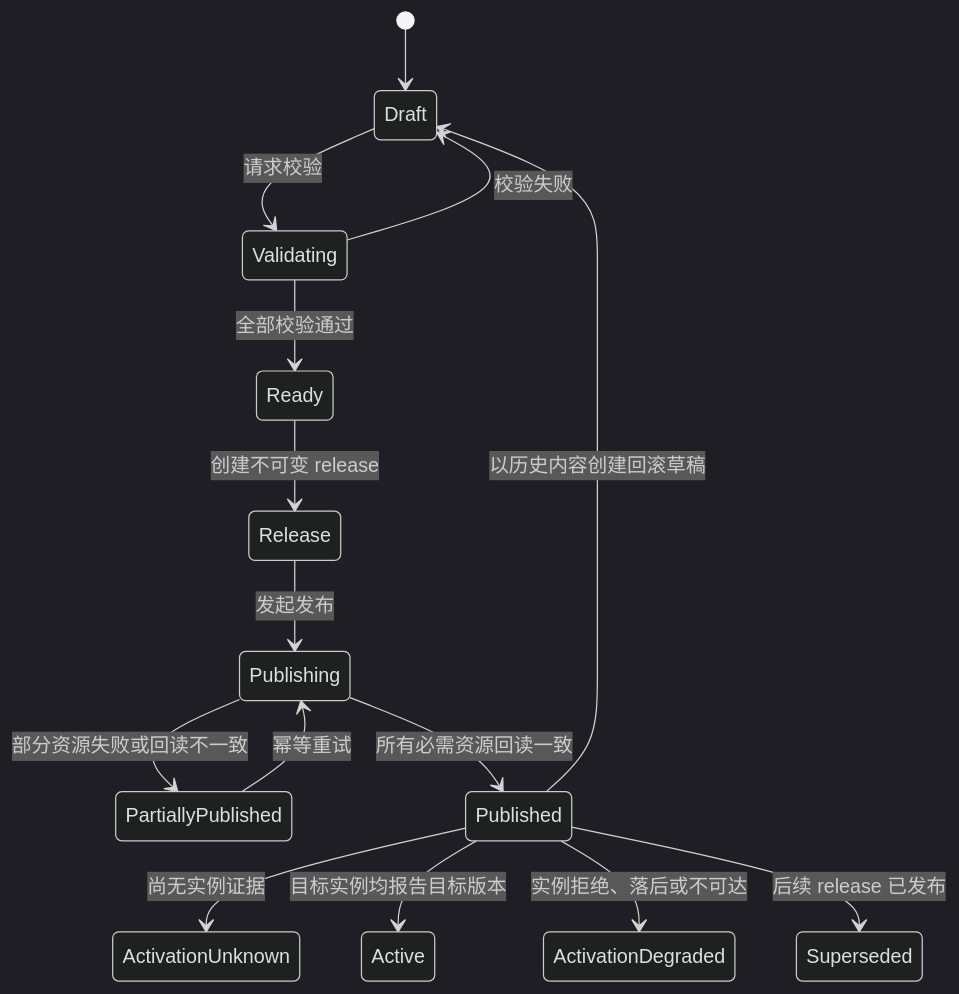
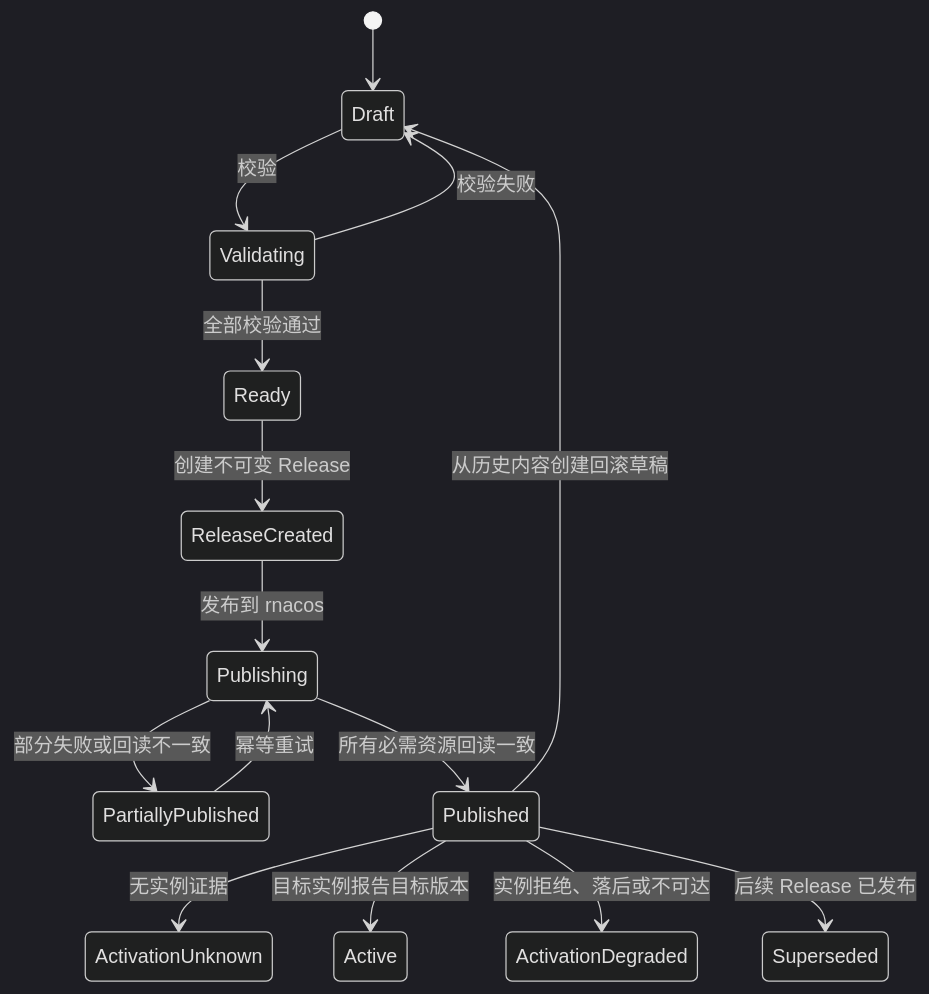
One commit to fiber-net-gateway/access-gateway changed the diagram in docs/console-requirements.md. Above: the diagram before and after it, drawn with Mermaid (dark theme). The commit also changed other lines of this file and 2 other files, not shown here.

````diff
--- a/docs/console-requirements.md
+++ b/docs/console-requirements.md
@@ -104,17 +122,17 @@
 ```mermaid
 stateDiagram-v2
     [*] --> Draft
-    Draft --> Validating: 请求校验
+    Draft --> Validating: 校验
     Validating --> Draft: 校验失败
     Validating --> Ready: 全部校验通过
-    Ready --> Release: 创建不可变 release
-    Release --> Publishing: 发起发布
-    Publishing --> PartiallyPublished: 部分资源失败或回读不一致
+    Ready --> ReleaseCreated: 创建不可变 Release
+    ReleaseCreated --> Publishing: 发布到 rnacos
+    Publishing --> PartiallyPublished: 部分失败或回读不一致
+    PartiallyPublished --> Publishing: 幂等重试
     Publishing --> Published: 所有必需资源回读一致
-    PartiallyPublished --> Publishing: 幂等重试
-    Published --> ActivationUnknown: 尚无实例证据
-    Published --> Active: 目标实例均报告目标版本
+    Published --> ActivationUnknown: 无实例证据
+    Published --> Active: 目标实例报告目标版本
     Published --> ActivationDegraded: 实例拒绝、落后或不可达
-    Published --> Superseded: 后续 release 已发布
-    Published --> Draft: 以历史内容创建回滚草稿
+    Published --> Superseded: 后续 Release 已发布
+    Published --> Draft: 从历史内容创建回滚草稿
 ```
````
